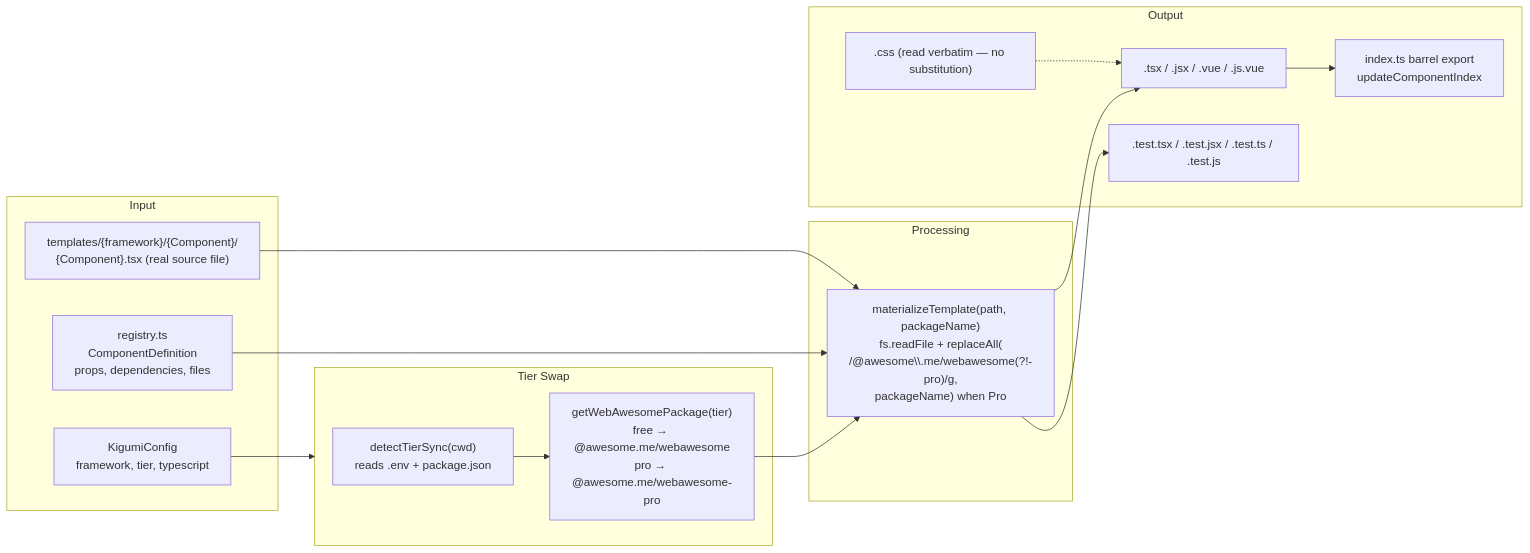
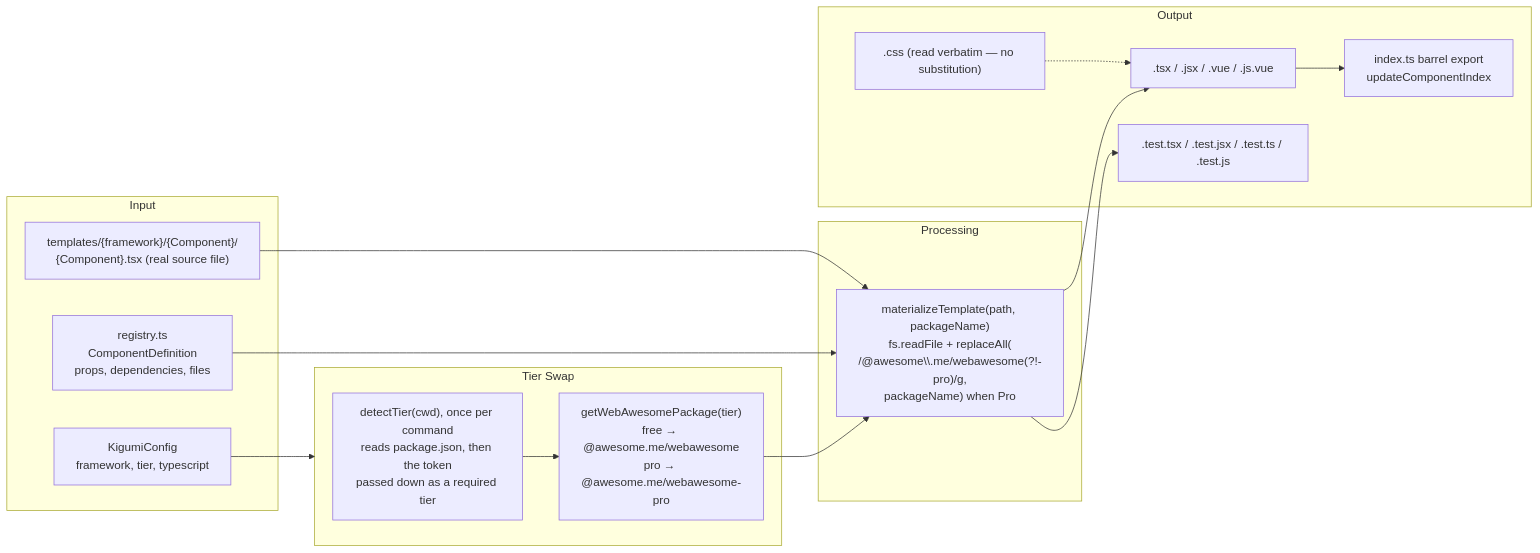
The third of 4 diagrams in AGENTS.md (kigumi-ui/kigumi-cli), drawn with Mermaid before and after one commit. The commit also changed other lines of this file and 30 other files, not shown here.

First line of the commit message:
fix: report a broken package.json, and detect it before writing (#118)

````diff
--- a/AGENTS.md
+++ b/AGENTS.md
@@ -575,32 +575,32 @@
 ```mermaid
 flowchart LR
     subgraph Input
         SRC["templates/{framework}/{Component}/\n{Component}.tsx (real source file)"]
         REG["registry.ts\nComponentDefinition\nprops, dependencies, files"]
         CFG["KigumiConfig\nframework, tier, typescript"]
     end
 
     subgraph TierResolution["Tier Swap"]
-        DETECT["detectTierSync(cwd)\nreads .env + package.json"]
+        DETECT["detectTier(cwd), once per command\nreads package.json, then the token\npassed down as a required tier"]
         PKG["getWebAwesomePackage(tier)\nfree → @awesome.me/webawesome\npro → @awesome.me/webawesome-pro"]
     end
 
     subgraph Processing
         READ["materializeTemplate(path, packageName)\nfs.readFile + replaceAll(\n/@awesome\\.me/webawesome(?!-pro)/g,\npackageName) when Pro"]
     end
 
     subgraph Output
         COMP[".tsx / .jsx / .vue / .js.vue"]
         TEST[".test.tsx / .test.jsx / .test.ts / .test.js"]
         CSS[".css (read verbatim — no substitution)"]
         INDEX["index.ts barrel export\nupdateComponentIndex"]
     end
 
     REG --> READ
     CFG --> TierResolution
     DETECT --> PKG --> READ
     SRC --> READ
     READ --> COMP & TEST
     CSS -.-> COMP
     COMP --> INDEX
 ```
````
